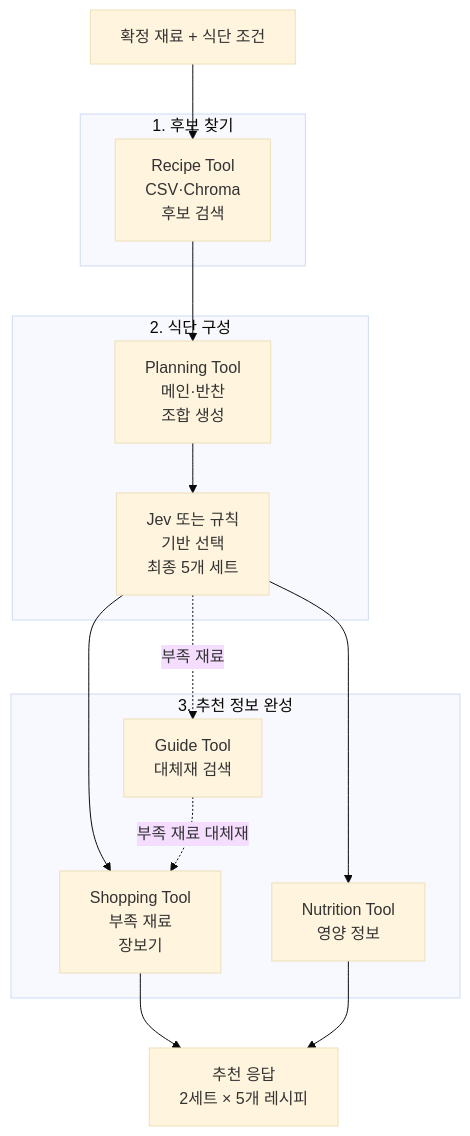
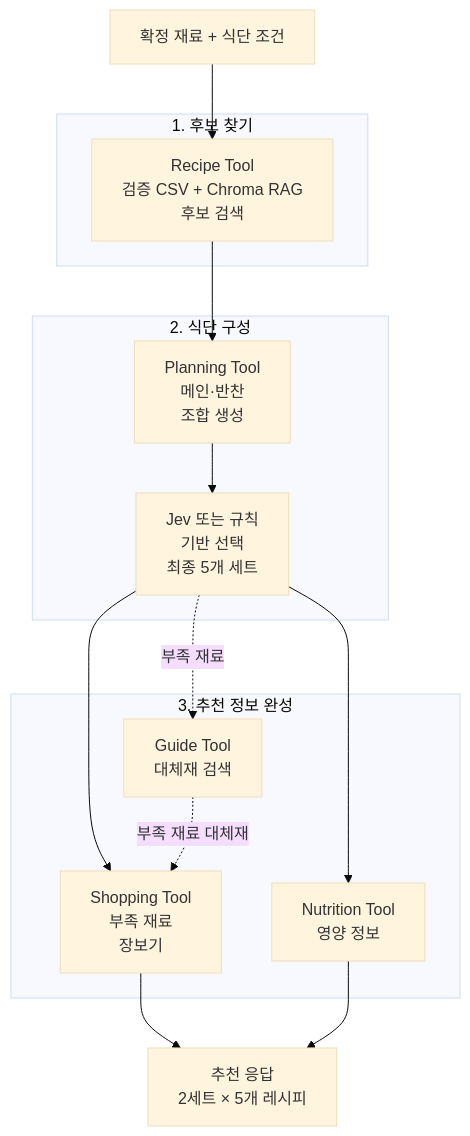
Before and after one commit to DongJunee/2026_aio2_p2_PlanEat_Backend: the third of 5 diagrams in README.md, drawn with Mermaid (base theme). The commit also changed other lines of this file and 2 other files, not shown here.

````diff
--- a/README.md
+++ b/README.md
@@ -171,26 +171,26 @@
 ```mermaid
 flowchart TB
     INPUT[확정 재료 + 식단 조건]
     RESULT[추천 응답<br/>2세트 × 5개 레시피]
 
     subgraph SEARCH[1. 후보 찾기]
-        RECIPE[Recipe Tool<br/>CSV·Chroma<br/>후보 검색]
+        RECIPE[Recipe Tool<br/>검증 CSV + Chroma RAG<br/>후보 검색]
     end
 
     subgraph PLAN[2. 식단 구성]
         PAIR[Planning Tool<br/>메인·반찬<br/>조합 생성]
         SELECT[Jev 또는 규칙<br/>기반 선택<br/>최종 5개 세트]
     end
 
     subgraph ENRICH[3. 추천 정보 완성]
         SHOPPING[Shopping Tool<br/>부족 재료<br/>장보기]
         NUTRITION[Nutrition Tool<br/>영양 정보]
         GUIDE[Guide Tool<br/>대체재 검색]
     end
 
     INPUT --> RECIPE --> PAIR --> SELECT
     SELECT --> SHOPPING --> RESULT
     SELECT --> NUTRITION --> RESULT
     SELECT -. 부족 재료 .-> GUIDE
     GUIDE -. 부족 재료 대체재 .-> SHOPPING
 ```
````
